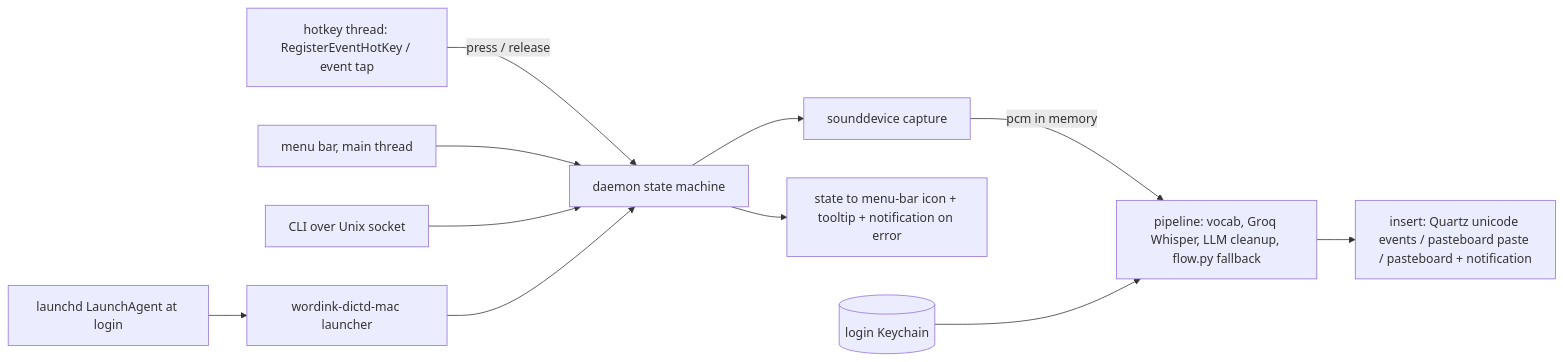
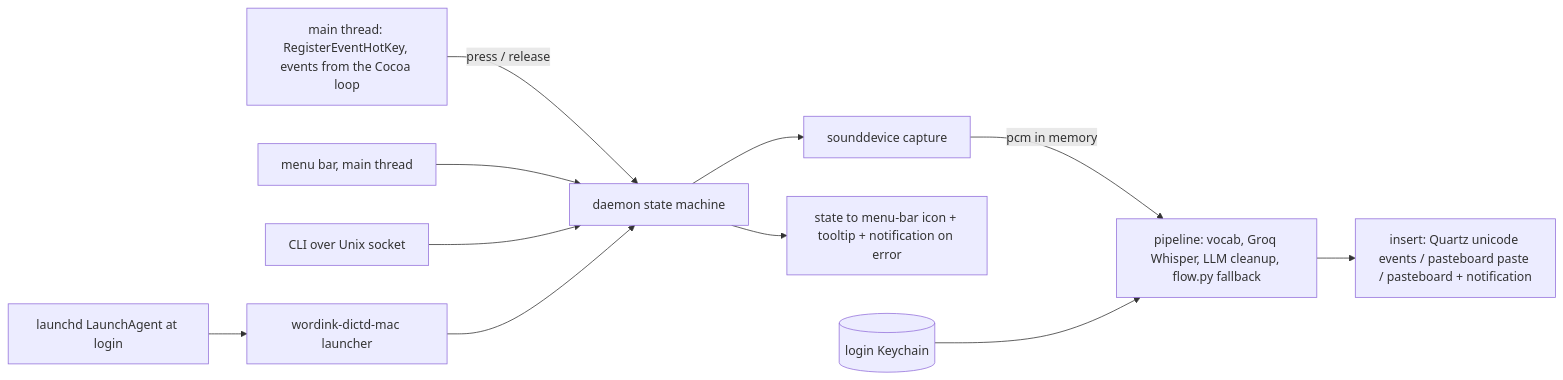
One commit to duketopceo/WordInk changed the diagram in docs/plans/2026-10-28-0400-feat-macos-dictation-plan.md. Above: the diagram before and after it, drawn with Mermaid. The commit also changed other lines of this file and 6 other files, not shown here.

First line of the commit message:
fix(macos): register hotkeys on the main thread, run no second event loop (#100)

````diff
--- a/docs/plans/2026-10-28-0400-feat-macos-dictation-plan.md
+++ b/docs/plans/2026-10-28-0400-feat-macos-dictation-plan.md
@@ -106,13 +106,13 @@
 ```mermaid
 flowchart LR
-  H[hotkey thread: RegisterEventHotKey / event tap] -->|press / release| D[daemon state machine]
+  H[main thread: RegisterEventHotKey, events from the Cocoa loop] -->|press / release| D[daemon state machine]
   M[menu bar, main thread] --> D
   C[CLI over Unix socket] --> D
   D --> A[sounddevice capture]
   A -->|pcm in memory| P[pipeline: vocab, Groq Whisper, LLM cleanup, flow.py fallback]
   P --> I[insert: Quartz unicode events / pasteboard paste / pasteboard + notification]
   D --> S[state to menu-bar icon + tooltip + notification on error]
   K[(login Keychain)] --> P
   L[launchd LaunchAgent at login] --> G[wordink-dictd-mac launcher]
   G --> D
 ```
````
